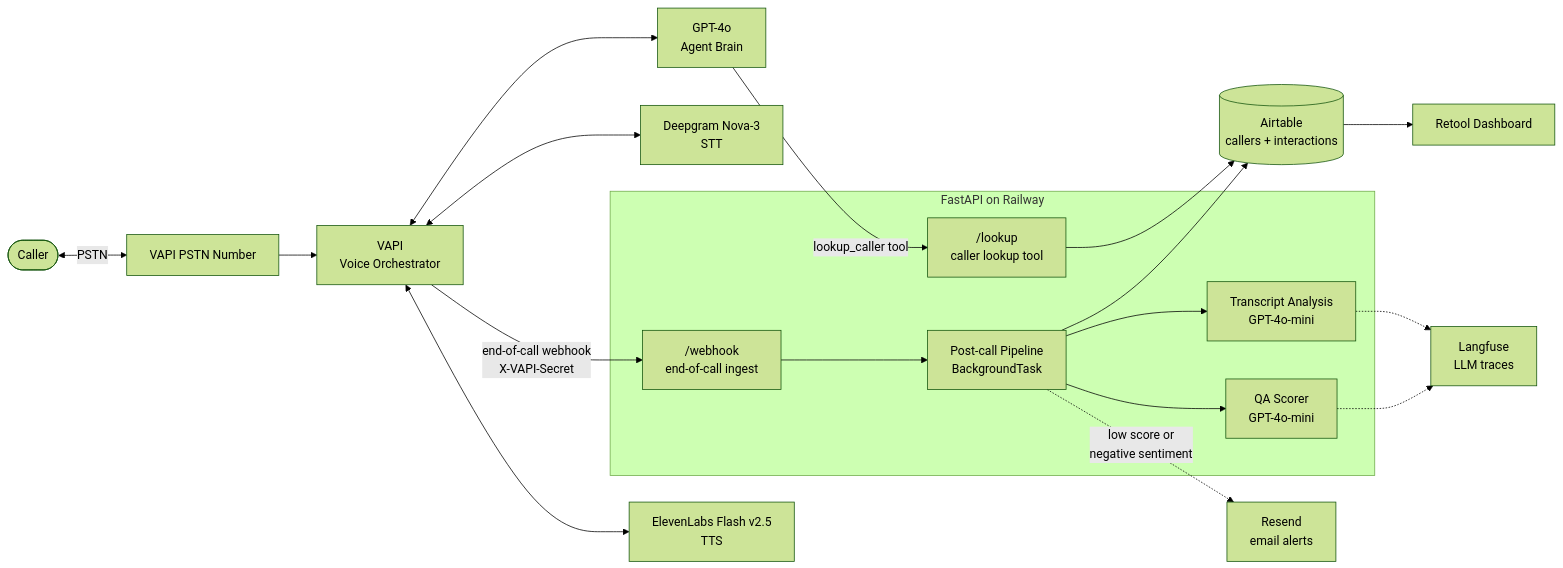
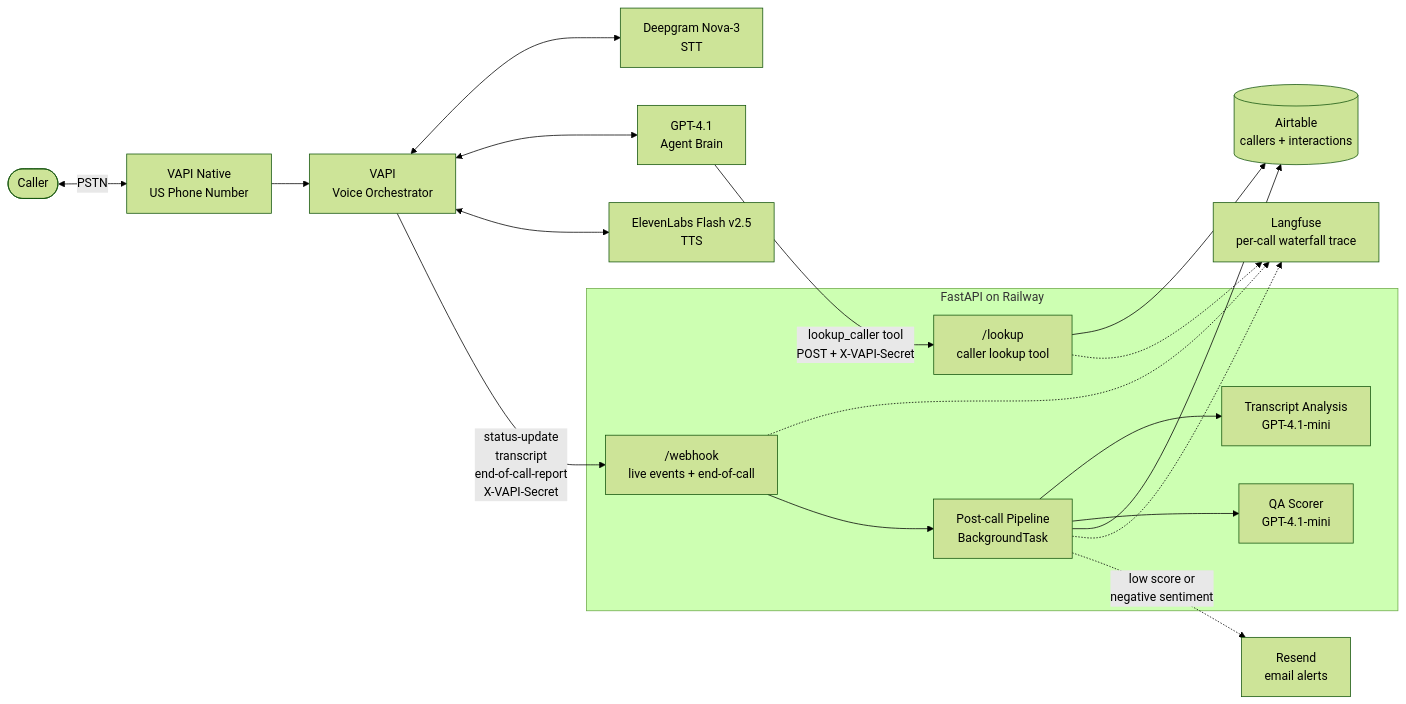
The first of 4 diagrams in docs/ARCHITECTURE.md (ashu05g/ObserveAI_TakeHome_Asses), drawn with Mermaid (forest theme) before and after one commit. The commit also changed other lines of this file and 9 other files, not shown here.

````diff
--- a/docs/ARCHITECTURE.md
+++ b/docs/ARCHITECTURE.md
@@ -5,39 +7,38 @@
 ```mermaid
 flowchart LR
     Caller([Caller])
-    Twilio[VAPI PSTN Number]
+    Phone[VAPI Native<br/>US Phone Number]
     VAPI[VAPI<br/>Voice Orchestrator]
     STT[Deepgram Nova-3<br/>STT]
-    LLM[GPT-4o<br/>Agent Brain]
+    LLM[GPT-4.1<br/>Agent Brain]
     TTS[ElevenLabs Flash v2.5<br/>TTS]
 
     subgraph Backend["FastAPI on Railway"]
         Lookup["/lookup<br/>caller lookup tool"]
-        Webhook["/webhook<br/>end-of-call ingest"]
+        Webhook["/webhook<br/>live events + end-of-call"]
         Pipeline[Post-call Pipeline<br/>BackgroundTask]
-        QA[QA Scorer<br/>GPT-4o-mini]
-        Analysis[Transcript Analysis<br/>GPT-4o-mini]
+        QA[QA Scorer<br/>GPT-4.1-mini]
+        Analysis[Transcript Analysis<br/>GPT-4.1-mini]
     end
 
     Airtable[(Airtable<br/>callers + interactions)]
-    Langfuse[Langfuse<br/>LLM traces]
+    Langfuse[Langfuse<br/>per-call waterfall trace]
     Resend[Resend<br/>email alerts]
-    Retool[Retool Dashboard]
 
-    Caller <-->|PSTN| Twilio
-    Twilio --> VAPI
+    Caller <-->|PSTN| Phone
+    Phone --> VAPI
     VAPI <--> STT
     VAPI <--> LLM
     VAPI <--> TTS
-    LLM -->|lookup_caller tool| Lookup
+    LLM -->|lookup_caller tool<br/>POST + X-VAPI-Secret| Lookup
     Lookup --> Airtable
-    VAPI -->|end-of-call webhook<br/>X-VAPI-Secret| Webhook
+    Lookup -.-> Langfuse
+    VAPI -->|status-update<br/>transcript<br/>end-of-call-report<br/>X-VAPI-Secret| Webhook
+    Webhook -.-> Langfuse
     Webhook --> Pipeline
     Pipeline --> Analysis
     Pipeline --> QA
     Pipeline --> Airtable
+    Pipeline -.-> Langfuse
     Pipeline -.->|low score or<br/>negative sentiment| Resend
-    Analysis -.-> Langfuse
-    QA -.-> Langfuse
-    Airtable --> Retool
 ```
````
